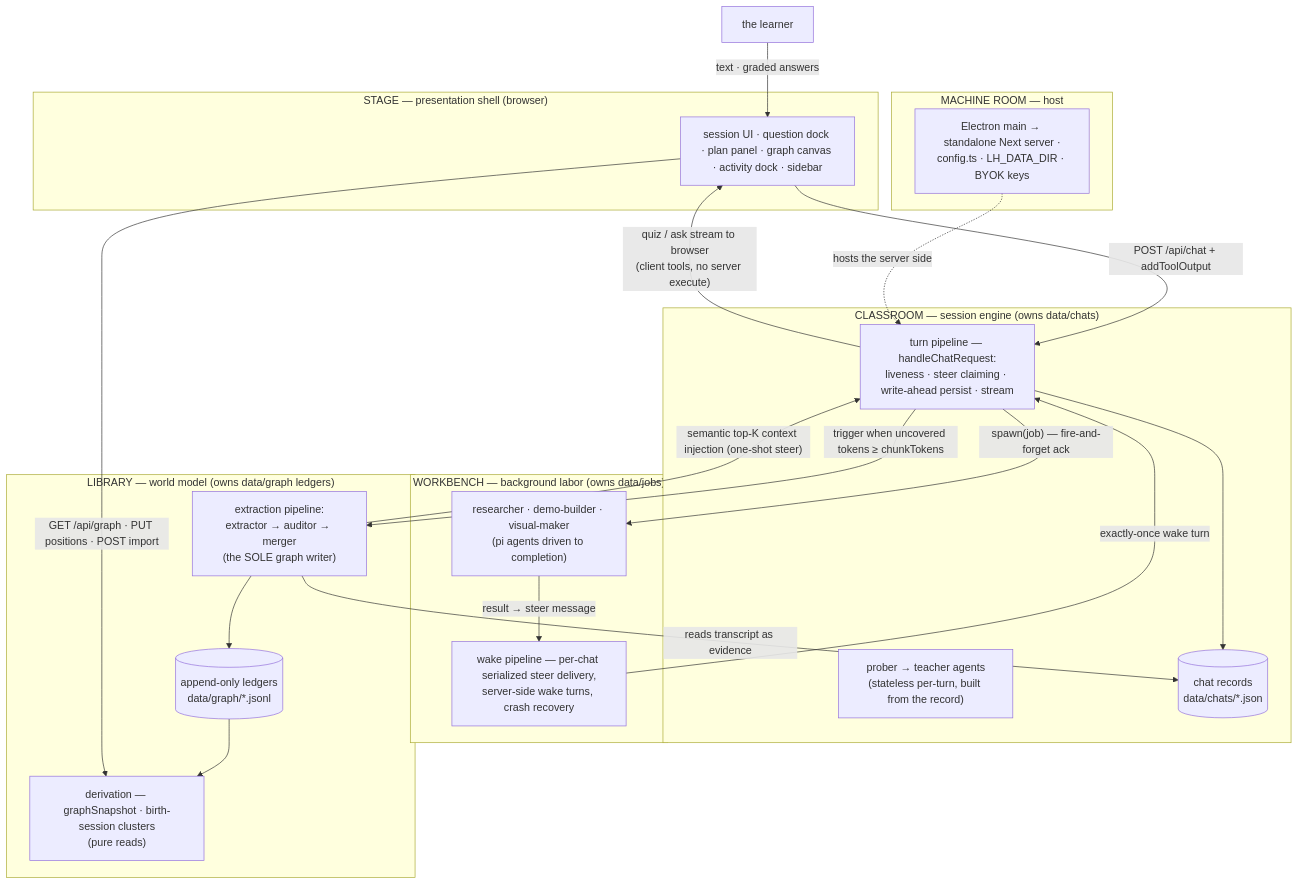
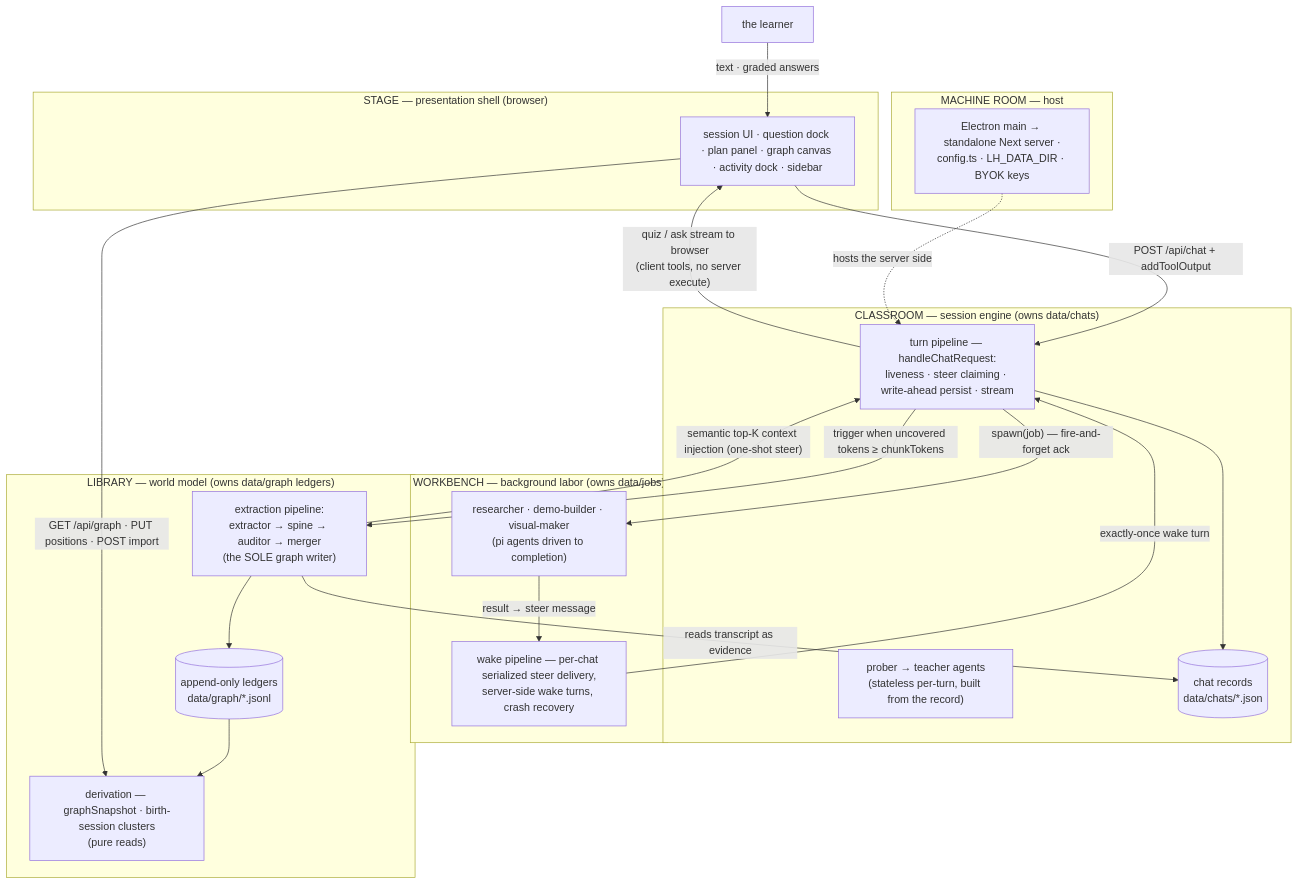
One commit to 0xCUB3/learnharness changed the diagram in README.md. Above: the diagram before and after it, drawn with Mermaid. The commit also changed other lines of this file and 17 other files, not shown here.

````diff
--- a/README.md
+++ b/README.md
@@ -51,44 +51,44 @@
 ```mermaid
 flowchart TB
     LEARNER["the learner"]
 
     subgraph STAGE["STAGE — presentation shell (browser)"]
         UI["session UI · question dock · plan panel · graph canvas · activity dock · sidebar"]
     end
 
     subgraph CLASSROOM["CLASSROOM — session engine (owns data/chats)"]
         TURN["turn pipeline — handleChatRequest:<br/>liveness · steer claiming · write-ahead persist · stream"]
         AGENTS["prober → teacher agents<br/>(stateless per-turn, built from the record)"]
         CHATDATA[("chat records<br/>data/chats/*.json")]
     end
 
     subgraph WORKBENCH["WORKBENCH — background labor (owns data/jobs)"]
         SUBS["researcher · demo-builder · visual-maker<br/>(pi agents driven to completion)"]
         WAKE["wake pipeline — per-chat serialized steer delivery,<br/>server-side wake turns, crash recovery"]
     end
 
     subgraph LIBRARY["LIBRARY — world model (owns data/graph ledgers)"]
-        EXTRACT["extraction pipeline:<br/>extractor → auditor → merger<br/>(the SOLE graph writer)"]
+        EXTRACT["extraction pipeline:<br/>extractor → spine → auditor → merger<br/>(the SOLE graph writer)"]
         DERIVE["derivation — graphSnapshot · birth-session clusters<br/>(pure reads)"]
         LEDG[("append-only ledgers<br/>data/graph/*.jsonl")]
     end
 
     subgraph ROOM["MACHINE ROOM — host"]
         HOST["Electron main → standalone Next server ·<br/>config.ts · LH_DATA_DIR · BYOK keys"]
     end
 
     LEARNER -->|"text · graded answers"| UI
     UI -->|"POST /api/chat + addToolOutput"| TURN
     TURN -->|"quiz / ask stream to browser<br/>(client tools, no server execute)"| UI
     TURN --> CHATDATA
     TURN -->|"spawn(job) — fire-and-forget ack"| SUBS
     SUBS -->|"result → steer message"| WAKE
     WAKE -->|"exactly-once wake turn"| TURN
     TURN -->|"trigger when uncovered tokens ≥ chunkTokens"| EXTRACT
     EXTRACT -->|"reads transcript as evidence"| CHATDATA
     EXTRACT --> LEDG
     EXTRACT -->|"semantic top-K context injection (one-shot steer)"| TURN
     LEDG --> DERIVE
     UI -->|"GET /api/graph · PUT positions · POST import"| DERIVE
     HOST -.->|"hosts the server side"| TURN
 ```
````
